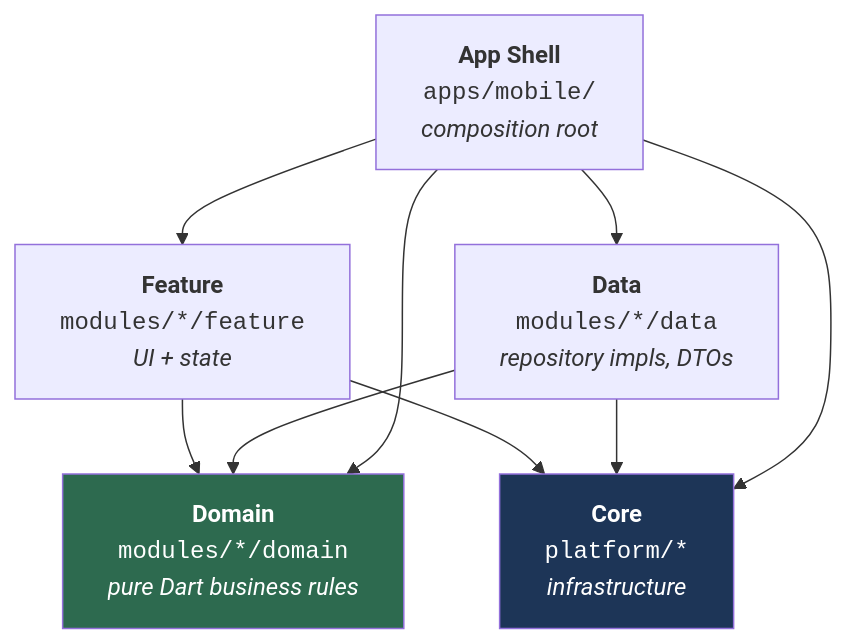
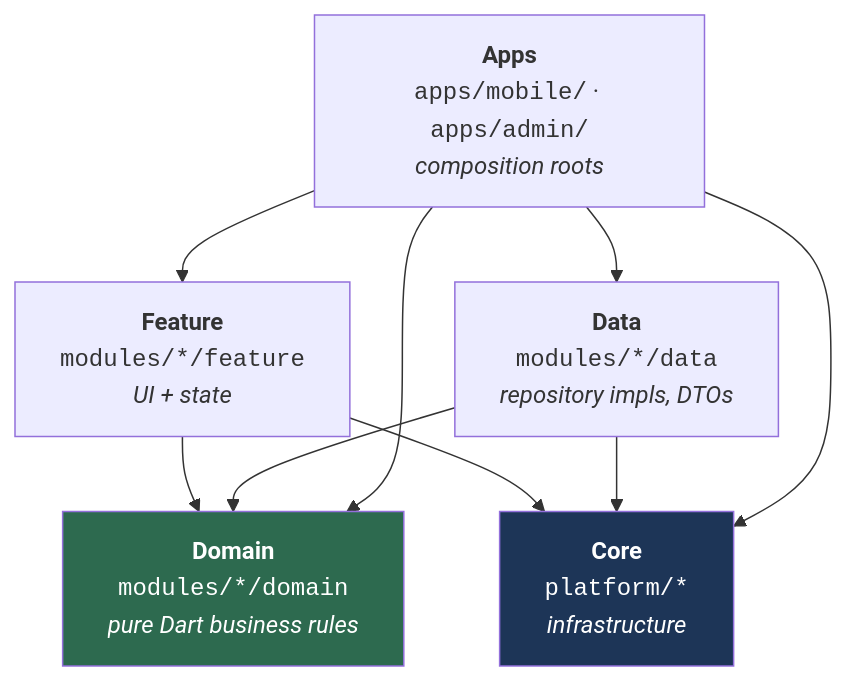
Before and after one commit to CaoGiaHieu-dev/flutter-monorepo-codebase: the diagram in docs/en/architecture/01_overview.md, drawn with Mermaid. The commit also changed other lines of this file and 29 other files, not shown here.

````diff
--- a/docs/en/architecture/01_overview.md
+++ b/docs/en/architecture/01_overview.md
@@ -13,20 +13,20 @@
 ```mermaid
 graph TD
-    App["<b>App Shell</b><br/><code>apps/mobile/</code><br/><i>composition root</i>"]
+    App["<b>Apps</b><br/><code>apps/mobile/</code> · <code>apps/admin/</code><br/><i>composition roots</i>"]
     Feature["<b>Feature</b><br/><code>modules/*/feature</code><br/><i>UI + state</i>"]
     Domain["<b>Domain</b><br/><code>modules/*/domain</code><br/><i>pure Dart business rules</i>"]
     Data["<b>Data</b><br/><code>modules/*/data</code><br/><i>repository impls, DTOs</i>"]
     Core["<b>Core</b><br/><code>platform/*</code><br/><i>infrastructure</i>"]
 
     Feature --> Domain
     Data --> Domain
     Feature --> Core
     Data --> Core
     App --> Feature
     App --> Data
     App --> Domain
     App --> Core
 
     style Domain fill:#2d6a4f,color:#fff
     style Core fill:#1d3557,color:#fff
 ```
````
